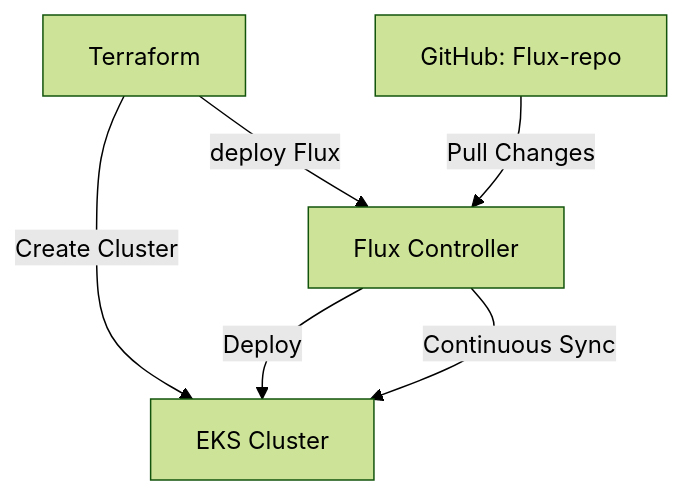
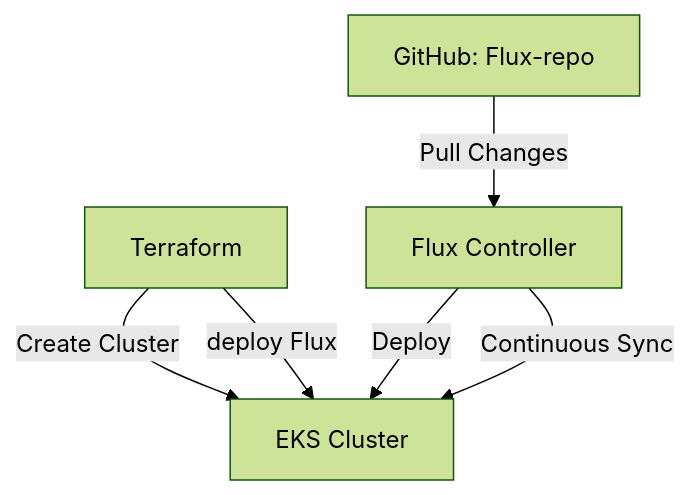
Before and after one commit to gvamsi2010/EKS_CLUSTER: the diagram in README.md, drawn with Mermaid (forest theme).

Commit message:
flux graph

````diff
--- a/README.md
+++ b/README.md
@@ -9,8 +9,8 @@
 ```mermaid
 graph TD
     E[Terraform] -->|Create Cluster| C[EKS Cluster]
     A[GitHub: Flux-repo] -->|Pull Changes| B[Flux Controller]
     B -->|Deploy| C[EKS Cluster]
-    E -->|deploy Flux| B
+    E -->|deploy Flux| C
     B -->|Continuous Sync| C
 ```
````
